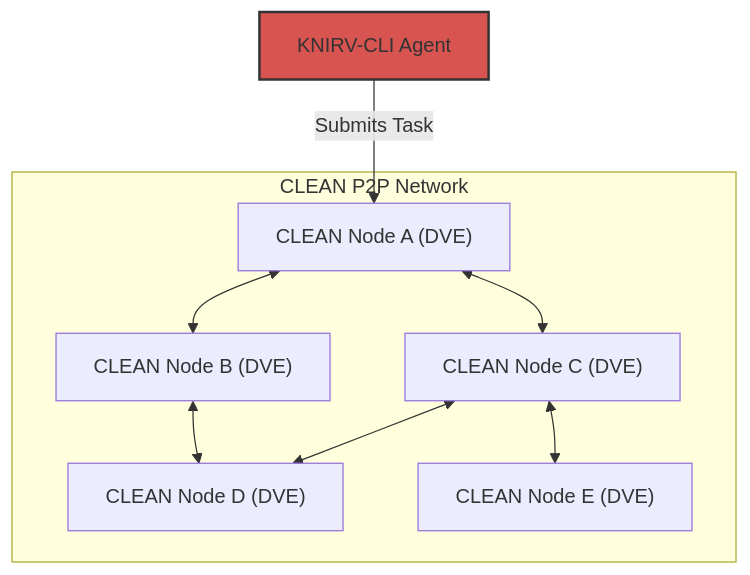
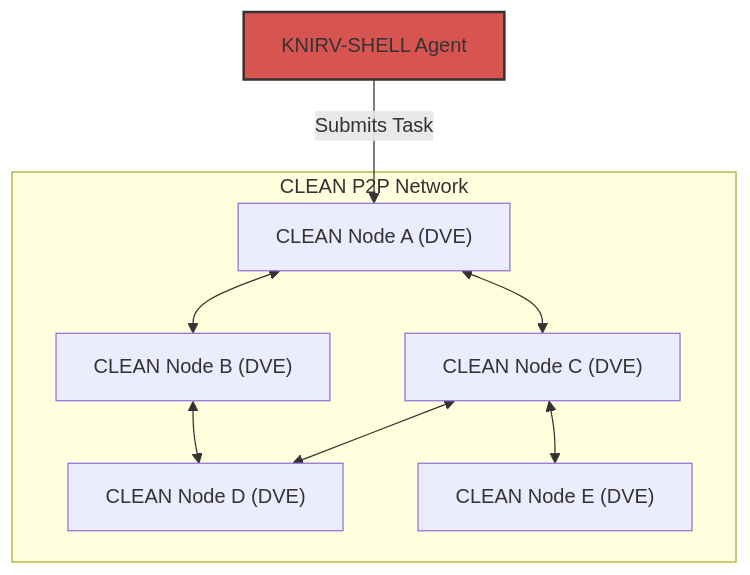
The second of 3 diagrams in KNIRVGATEWAY/network-website/public/documentation/docsify/whitepapers/KNIRV-NEXUS_Whitepaper.md (guiperry/KNIRV_NETWORK), drawn with Mermaid before and after one commit. The commit also changed other lines of this file and 11499 other files, not shown here.

````diff
--- a/KNIRVGATEWAY/network-website/public/documentation/docsify/whitepapers/KNIRV-NEXUS_Whitepaper.md
+++ b/KNIRVGATEWAY/network-website/public/documentation/docsify/whitepapers/KNIRV-NEXUS_Whitepaper.md
@@ -154,14 +154,14 @@
 ```mermaid
 graph TD
-    Client[KNIRV-CLI Agent] -- "Submits Task" --> NodeA["CLEAN Node A (DVE)"]
+    Client[KNIRV-SHELL Agent] -- "Submits Task" --> NodeA["CLEAN Node A (DVE)"]
 
     subgraph CLEAN_P2P_Network["CLEAN P2P Network"]
         NodeA <--> NodeB["CLEAN Node B (DVE)"]
         NodeA <--> NodeC["CLEAN Node C (DVE)"]
         NodeB <--> NodeD["CLEAN Node D (DVE)"]
         NodeC <--> NodeD
         NodeC <--> NodeE["CLEAN Node E (DVE)"]
     end
 
     style Client fill:#d85450,stroke:#333,stroke-width:2px
 ```
````
